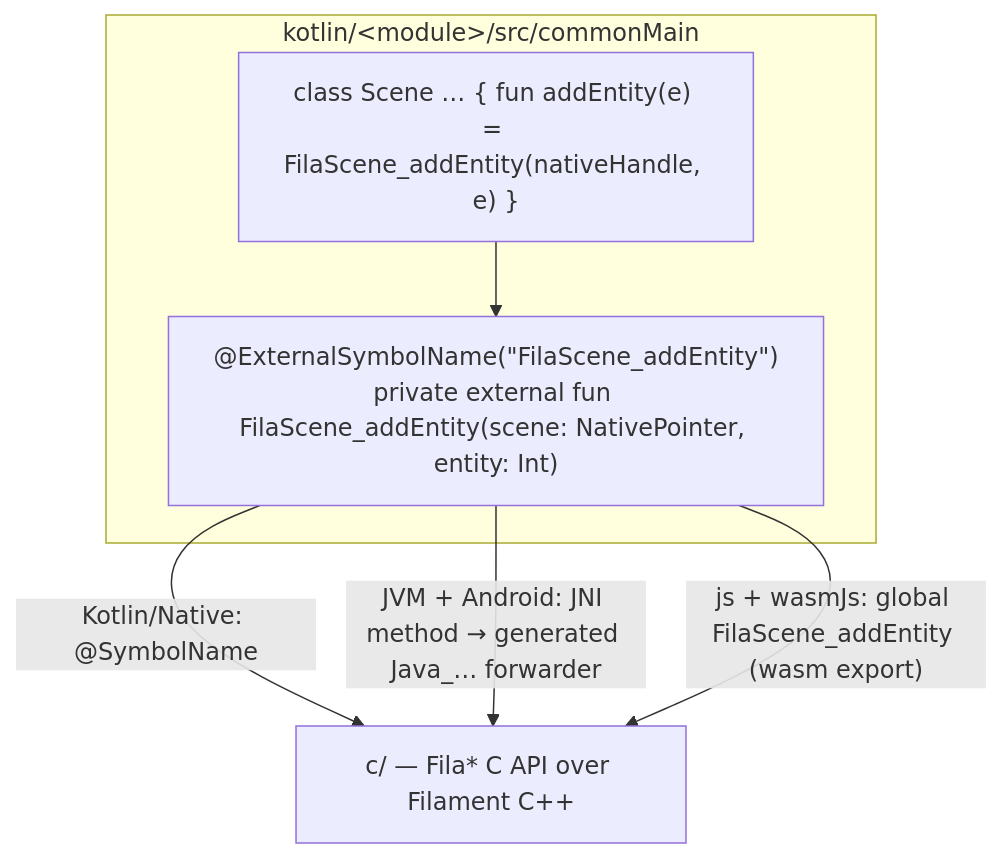
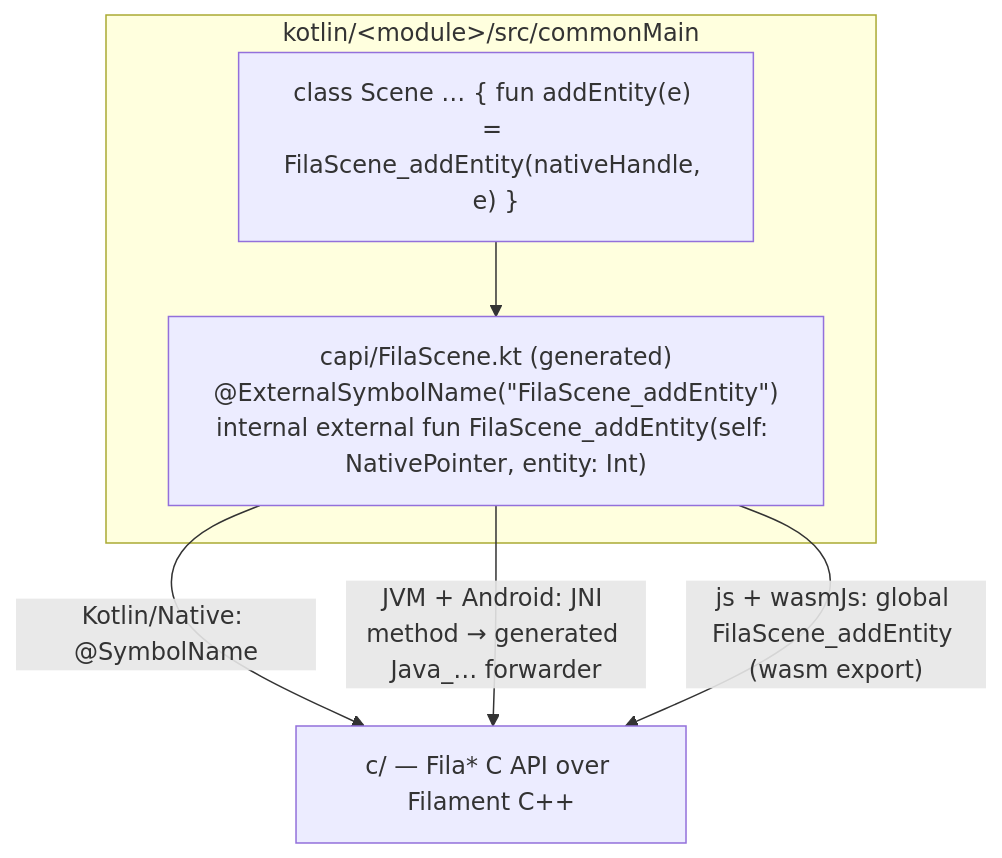
Before and after one commit to Erkko68/filament-kmp: the diagram in docs/bindings.md, drawn with Mermaid. The commit also changed other lines of this file and 123 other files, not shown here.

````diff
--- a/docs/bindings.md
+++ b/docs/bindings.md
@@ -13,14 +14,14 @@
 ```mermaid
 flowchart TB
     subgraph common["kotlin/&lt;module&gt;/src/commonMain"]
         CLS["class Scene … { fun addEntity(e) = FilaScene_addEntity(nativeHandle, e) }"]
-        EXT["@ExternalSymbolName(&quot;FilaScene_addEntity&quot;)<br/>private external fun FilaScene_addEntity(scene: NativePointer, entity: Int)"]
+        EXT["capi/FilaScene.kt (generated)<br/>@ExternalSymbolName(&quot;FilaScene_addEntity&quot;)<br/>internal external fun FilaScene_addEntity(self: NativePointer, entity: Int)"]
         CLS --> EXT
     end
 
     EXT -->|"Kotlin/Native: @SymbolName"| C
     EXT -->|"JVM + Android: JNI method → generated Java_… forwarder"| C
     EXT -->|"js + wasmJs: global FilaScene_addEntity (wasm export)"| C
 
     C["c/ — Fila* C API over Filament C++"]
 ```
````
